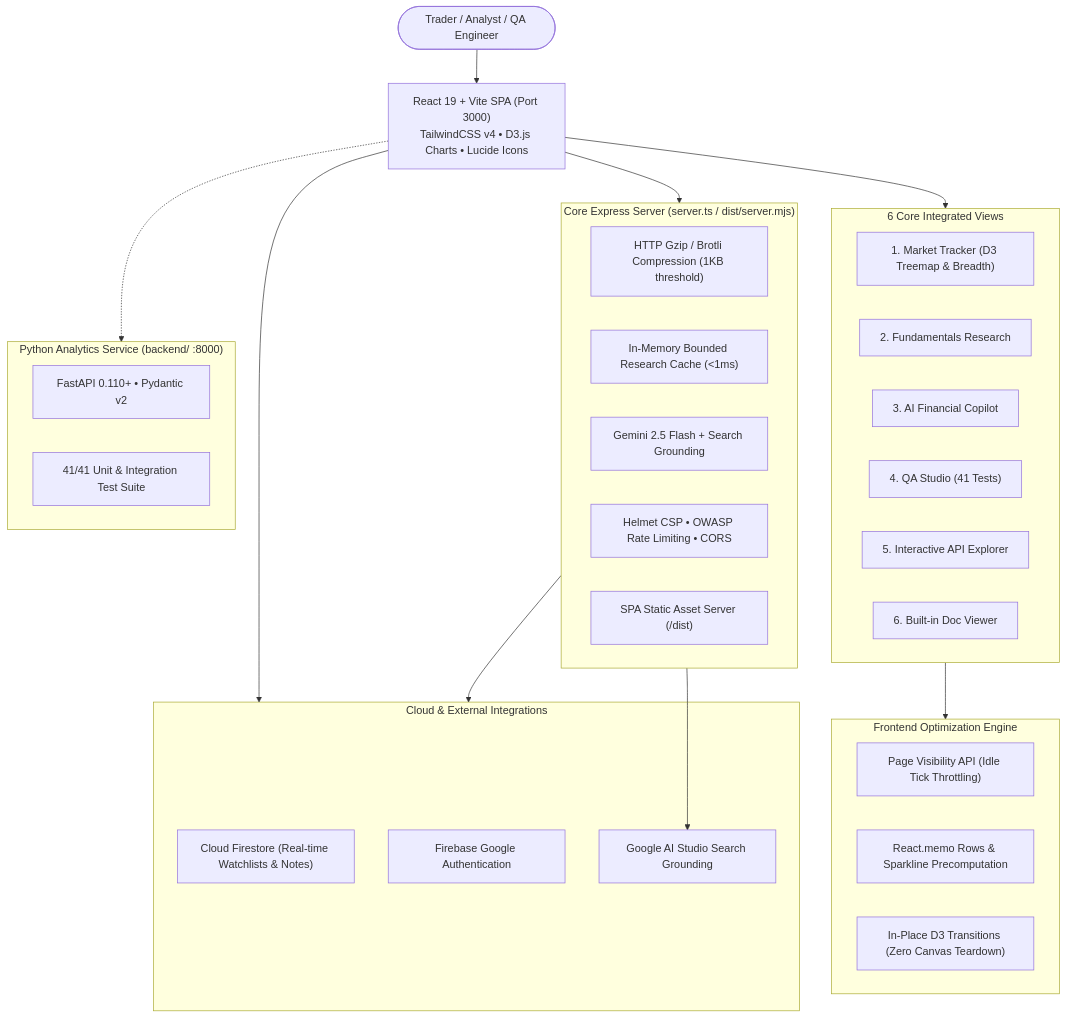
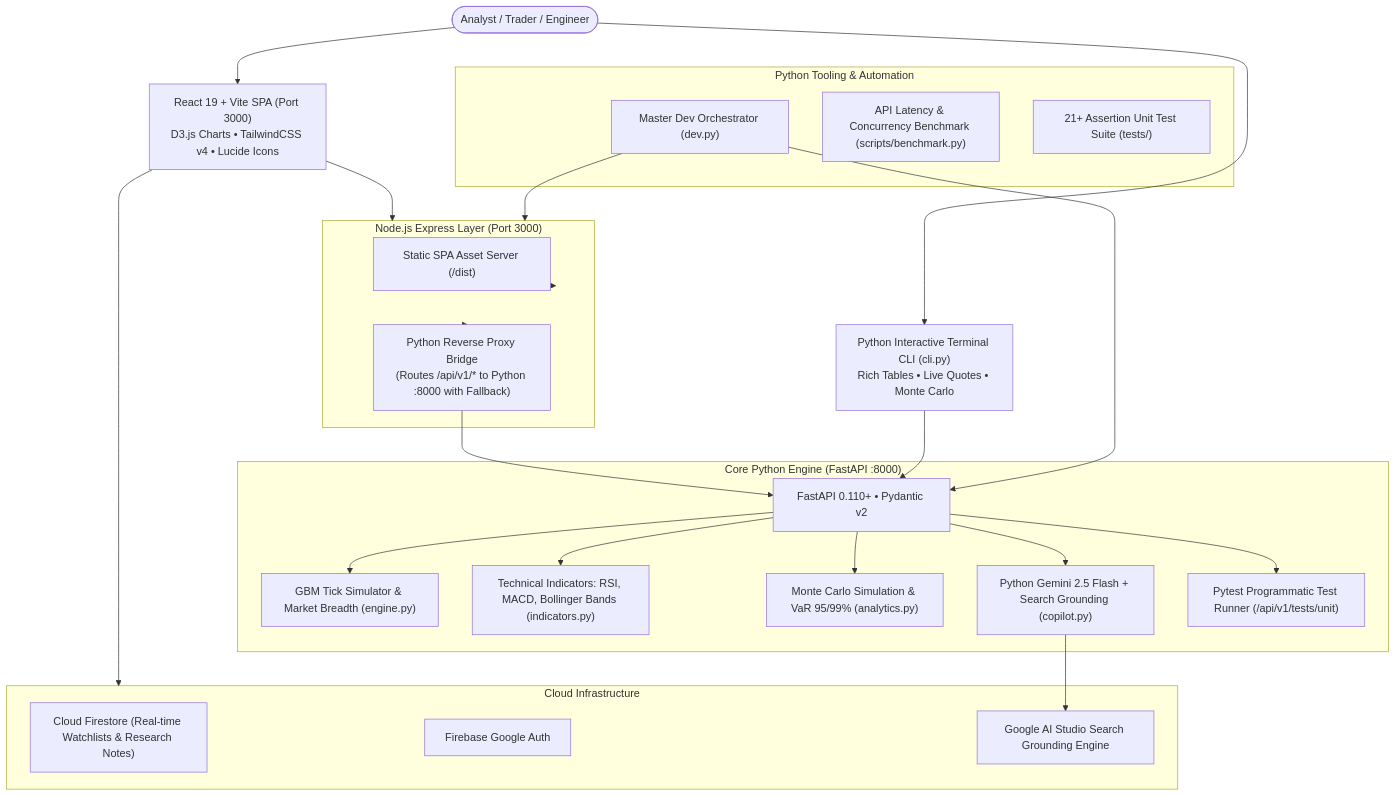
The diagram in WALKTHROUGH.md (ishaan-gitoutlook/google_AI_studio_StockPulseApp-vibe_coded), drawn with Mermaid before and after one commit. The commit also changed other lines of this file and 15 other files, not shown here.

Commit message:
feat: implement Python-First full-stack architecture with quant indicators, Monte Carlo risk, terminal CLI, and dev orchestrator

````diff
--- a/WALKTHROUGH.md
+++ b/WALKTHROUGH.md
@@ -28,46 +29,48 @@
 ```mermaid
 graph TD
-    User([Trader / Analyst / QA Engineer]) --> Client["React 19 + Vite SPA (Port 3000)<br/>TailwindCSS v4 • D3.js Charts • Lucide Icons"]
-    
-    subgraph UIViews ["6 Core Integrated Views"]
-        V1["1. Market Tracker (D3 Treemap & Breadth)"]
-        V2["2. Fundamentals Research"]
-        V3["3. AI Financial Copilot"]
-        V4["4. QA Studio (41 Tests)"]
-        V5["5. Interactive API Explorer"]
-        V6["6. Built-in Doc Viewer"]
-    end
-    
-    subgraph EngineOptimization ["Frontend Optimization Engine"]
-        PVis["Page Visibility API (Idle Tick Throttling)"]
-        MemoR["React.memo Rows & Sparkline Precomputation"]
-        InPlaceD3["In-Place D3 Transitions (Zero Canvas Teardown)"]
+    User([Analyst / Trader / Engineer]) --> WebClient["React 19 + Vite SPA (Port 3000)<br/>D3.js Charts • TailwindCSS v4 • Lucide Icons"]
+    User --> TerminalCLI["Python Interactive Terminal CLI (cli.py)<br/>Rich Tables • Live Quotes • Monte Carlo"]
+
+    subgraph NodeProxy ["Node.js Express Layer (Port 3000)"]
+        SPAHost["Static SPA Asset Server (/dist)"]
+        ProxyForward["Python Reverse Proxy Bridge<br/>(Routes /api/v1/* to Python :8000 with Fallback)"]
     end
 
-    subgraph NodeBackend ["Core Express Server (server.ts / dist/server.mjs)"]
-        Comp["HTTP Gzip / Brotli Compression (1KB threshold)"]
-        MemCache["In-Memory Bounded Research Cache (<1ms)"]
-        GeminiCopilot["Gemini 2.5 Flash + Search Grounding"]
-        SecHeaders["Helmet CSP • OWASP Rate Limiting • CORS"]
-        StaticServe["SPA Static Asset Server (/dist)"]
+    subgraph PythonCore ["Core Python Engine (FastAPI :8000)"]
+        FastAPIEngine["FastAPI 0.110+ • Pydantic v2"]
+        GBMEngine["GBM Tick Simulator & Market Breadth (engine.py)"]
+        IndicatorsEngine["Technical Indicators: RSI, MACD, Bollinger Bands (indicators.py)"]
+        AnalyticsEngine["Monte Carlo Simulation & VaR 95/99% (analytics.py)"]
+        CopilotEngine["Python Gemini 2.5 Flash + Search Grounding (copilot.py)"]
+        PytestRunner["Pytest Programmatic Test Runner (/api/v1/tests/unit)"]
     end
 
-    subgraph PythonBackend ["Python Analytics Service (backend/ :8000)"]
-        FastAPI["FastAPI 0.110+ • Pydantic v2"]
-        Pytest["41/41 Unit & Integration Test Suite"]
+    subgraph PythonTooling ["Python Tooling & Automation"]
+        DevOrchestrator["Master Dev Orchestrator (dev.py)"]
+        BenchmarkTool["API Latency & Concurrency Benchmark (scripts/benchmark.py)"]
+        PytestSuite["21+ Assertion Unit Test Suite (tests/)"]
     end
 
-    subgraph CloudServices ["Cloud & External Integrations"]
-        Firestore["Cloud Firestore (Real-time Watchlists & Notes)"]
-        FirebaseAuth["Firebase Google Authentication"]
-        GoogleSearch["Google AI Studio Search Grounding"]
+    subgraph CloudServices ["Cloud Infrastructure"]
+        Firestore["Cloud Firestore (Real-time Watchlists & Research Notes)"]
+        FirebaseAuth["Firebase Google Auth"]
+        GoogleSearch["Google AI Studio Search Grounding Engine"]
     end
 
-    Client --> UIViews
-    UIViews --> EngineOptimization
-    Client --> NodeBackend
-    Client -.-> PythonBackend
-    Client --> CloudServices
-    NodeBackend --> GoogleSearch
-    NodeBackend --> CloudServices
+    WebClient --> NodeProxy
+    NodeProxy --> SPAHost
+    NodeProxy --> ProxyForward
+    ProxyForward --> FastAPIEngine
+    TerminalCLI --> FastAPIEngine
+
+    FastAPIEngine --> GBMEngine
+    FastAPIEngine --> IndicatorsEngine
+    FastAPIEngine --> AnalyticsEngine
+    FastAPIEngine --> CopilotEngine
+    FastAPIEngine --> PytestRunner
+
+    DevOrchestrator --> NodeProxy
+    DevOrchestrator --> FastAPIEngine
+    CopilotEngine --> GoogleSearch
+    WebClient --> CloudServices
 ```
````
